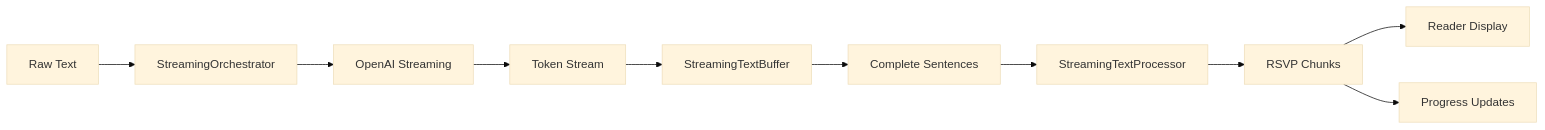
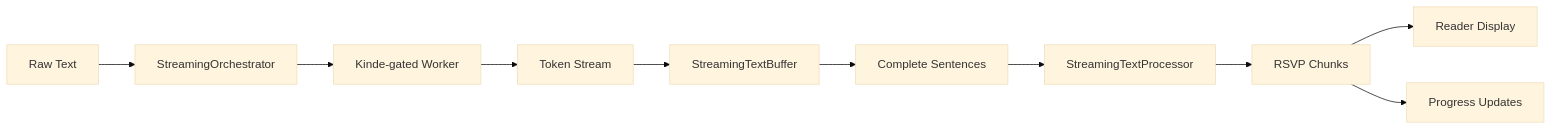
One commit to dimitree54/sprint-reader-chrome changed the second of 2 diagrams in docs/architecture.md. Above: the diagram before and after it, drawn with Mermaid (base theme). The commit also changed other lines of this file and 35 other files, not shown here.

````diff
--- a/docs/architecture.md
+++ b/docs/architecture.md
@@ -316,12 +325,12 @@
 ```mermaid
 graph LR
     A[Raw Text] --> B[StreamingOrchestrator]
-    B --> C[OpenAI Streaming]
+    B --> C[Kinde-gated Worker]
     C --> D[Token Stream]
     D --> E[StreamingTextBuffer]
     E --> F[Complete Sentences]
     F --> G[StreamingTextProcessor]
     G --> H[RSVP Chunks]
     H --> I[Reader Display]
     H --> J[Progress Updates]
 ```
````
